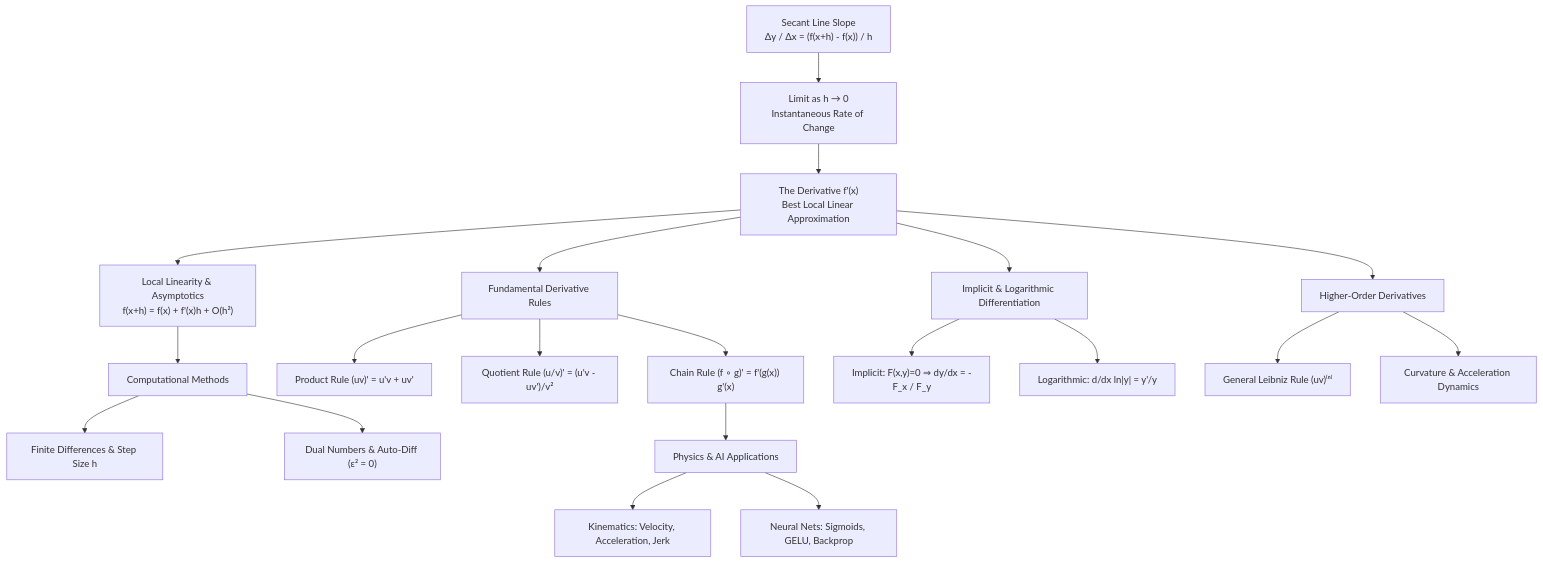
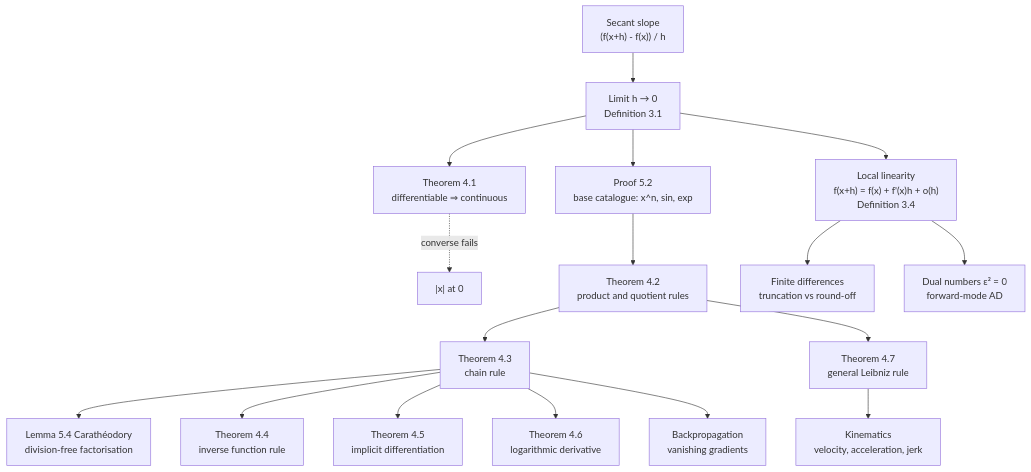
Before and after one commit to hien078/applied-mathematics-foundation: the diagram in calculus/03_single_variable_derivatives/README.md, drawn with Mermaid. The commit also changed other lines of this file and 25 other files, not shown here.

````diff
--- a/calculus/03_single_variable_derivatives/README.md
+++ b/calculus/03_single_variable_derivatives/README.md
@@ -29,29 +68,23 @@
 ```mermaid
 graph TD
-    A["Secant Line Slope<br/>Δy / Δx = (f(x+h) - f(x)) / h"] --> B["Limit as h → 0<br/>Instantaneous Rate of Change"]
-    B --> C["The Derivative f'(x)<br/>Best Local Linear Approximation"]
+    A["Secant slope<br/>(f(x+h) - f(x)) / h"] --> B["Limit h → 0<br/>Definition 3.1"]
+    B --> C["Local linearity<br/>f(x+h) = f(x) + f'(x)h + o(h)<br/>Definition 3.4"]
 
-    C --> D["Local Linearity & Asymptotics<br/>f(x+h) = f(x) + f'(x)h + O(h²)"]
-    C --> E["Fundamental Derivative Rules"]
+    B --> T1["Theorem 4.1<br/>differentiable ⇒ continuous"]
+    T1 -.->|"converse fails"| CX["|x| at 0"]
 
-    E --> E1["Product Rule (uv)' = u'v + uv'"]
-    E --> E2["Quotient Rule (u/v)' = (u'v - uv')/v²"]
-    E --> E3["Chain Rule (f ∘ g)' = f'(g(x)) g'(x)"]
+    B --> E["Proof 5.2<br/>base catalogue: x^n, sin, exp"]
+    E --> T2["Theorem 4.2<br/>product and quotient rules"]
+    T2 --> T3["Theorem 4.3<br/>chain rule"]
+    T3 --> L54["Lemma 5.4 Carathéodory<br/>division-free factorisation"]
+    T3 --> T4["Theorem 4.4<br/>inverse function rule"]
+    T3 --> T5["Theorem 4.5<br/>implicit differentiation"]
+    T3 --> T6["Theorem 4.6<br/>logarithmic derivative"]
+    T2 --> T7["Theorem 4.7<br/>general Leibniz rule"]
 
-    C --> F["Implicit & Logarithmic Differentiation"]
-    F --> F1["Implicit: F(x,y)=0 ⇒ dy/dx = -F_x / F_y"]
-    F --> F2["Logarithmic: d/dx ln|y| = y'/y"]
+    C --> N1["Finite differences<br/>truncation vs round-off"]
+    C --> N2["Dual numbers ε² = 0<br/>forward-mode AD"]
 
-    C --> G["Higher-Order Derivatives"]
-    G --> G1["General Leibniz Rule (uv)⁽ⁿ⁾"]
-    G --> G2["Curvature & Acceleration Dynamics"]
-
-    D --> H["Computational Methods"]
-    H --> H1["Finite Differences & Step Size h"]
-    H --> H2["Dual Numbers & Auto-Diff (ε² = 0)"]
-
-    E3 --> I["Physics & AI Applications"]
-    I --> I1["Kinematics: Velocity, Acceleration, Jerk"]
-    I --> I2["Neural Nets: Sigmoids, GELU, Backprop"]
-
+    T3 --> A1["Backpropagation<br/>vanishing gradients"]
+    T7 --> A2["Kinematics<br/>velocity, acceleration, jerk"]
 ```
````
